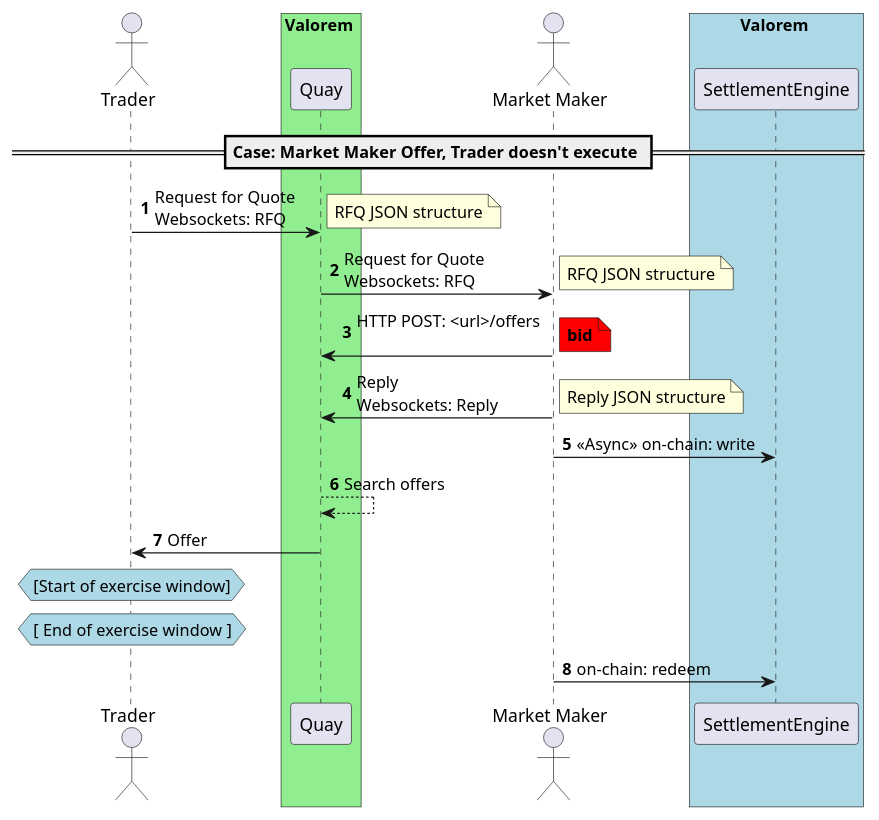
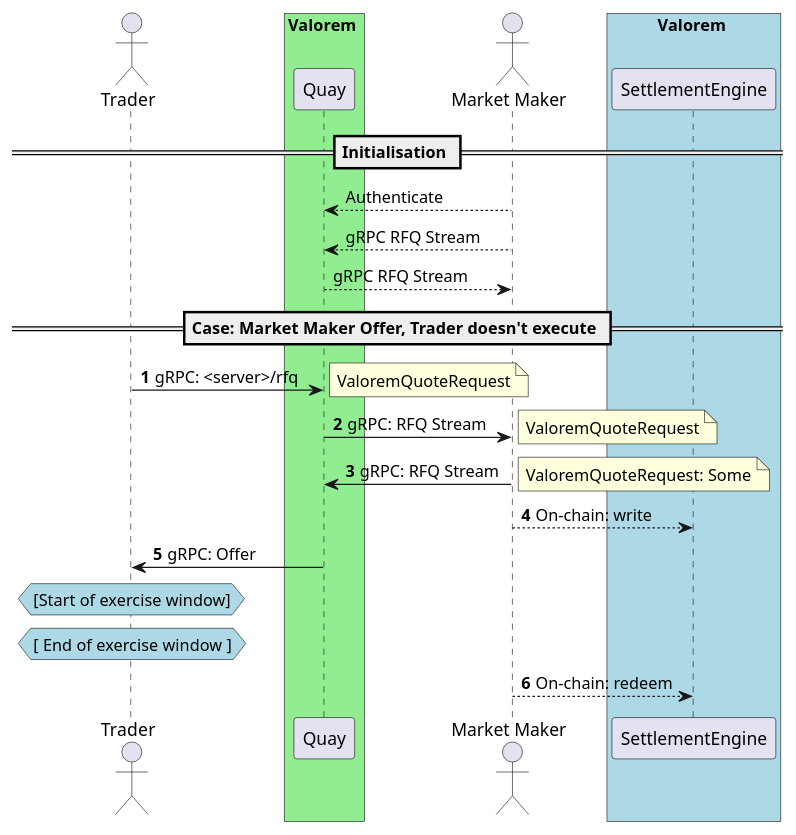
One commit to prince777-k/quay changed the diagram in docs/diagrams/mm_offer_trader_doesnt_execute.pu. Above: the diagram before and after it, drawn with PlantUML. The commit also changed 20 other files, not shown here.

```diff
--- a/docs/diagrams/mm_offer_trader_doesnt_execute.pu
+++ b/docs/diagrams/mm_offer_trader_doesnt_execute.pu
@@ -1,40 +1,40 @@
 @startuml
 
 actor Trader
 box Valorem #LightGreen
 participant Quay
 end box
 actor "Market Maker" as MM
 box Valorem #LightBlue
 participant SettlementEngine as SE
 end box
 
+== Initialisation ==
+MM --> Quay: Authenticate
+MM --> Quay: gRPC RFQ Stream
+Quay --> MM: gRPC RFQ Stream
+
 == Case: Market Maker Offer, Trader doesn't execute ==
 autonumber
-Trader -> Quay: Request for Quote\nWebsockets: RFQ
+Trader -> Quay: gRPC: <server>/rfq
 note right
-RFQ JSON structure
+ValoremQuoteRequest
 end note
-Quay -> MM: Request for Quote\nWebsockets: RFQ
+Quay -> MM: gRPC: RFQ Stream
 note right
-RFQ JSON structure
+ValoremQuoteRequest
 end note
-MM -> Quay: HTTP POST: <url>/offers\n
-note right #red
-**bid**
+MM -> Quay: gRPC: RFQ Stream
+note right
+ValoremQuoteRequest: Some
 end note
-MM -> Quay: Reply\nWebsockets: Reply
-note right
-Reply JSON structure
-end note
-MM -> SE: <<Async>> on-chain: write
-Quay --> Quay: Search offers
-Quay -> Trader: Offer
+MM --> SE: On-chain: write
+Quay -> Trader: gRPC: Offer
 hnote over Trader #lightBlue
 [Start of exercise window]
 end hnote
 hnote over Trader #lightBlue
 [ End of exercise window ]
 end hnote
-MM -> SE: on-chain: redeem
+MM --> SE: On-chain: redeem
 @enduml
```
